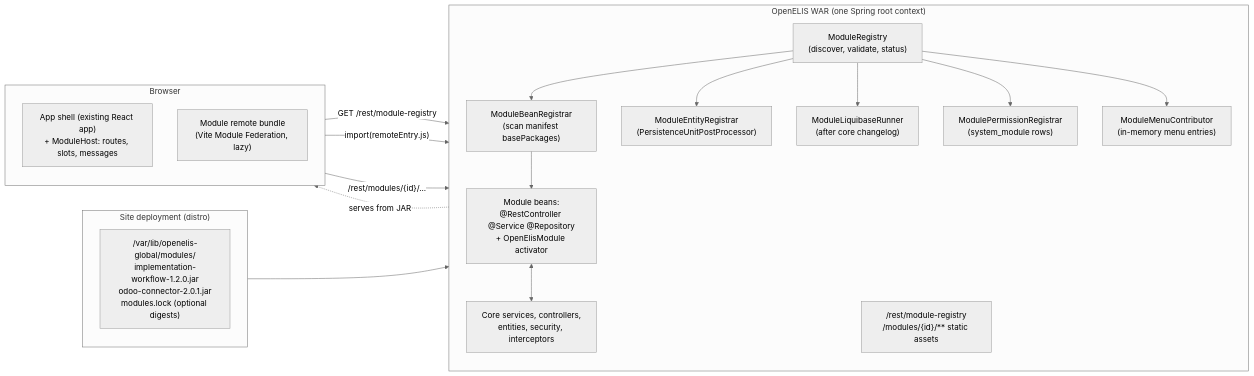
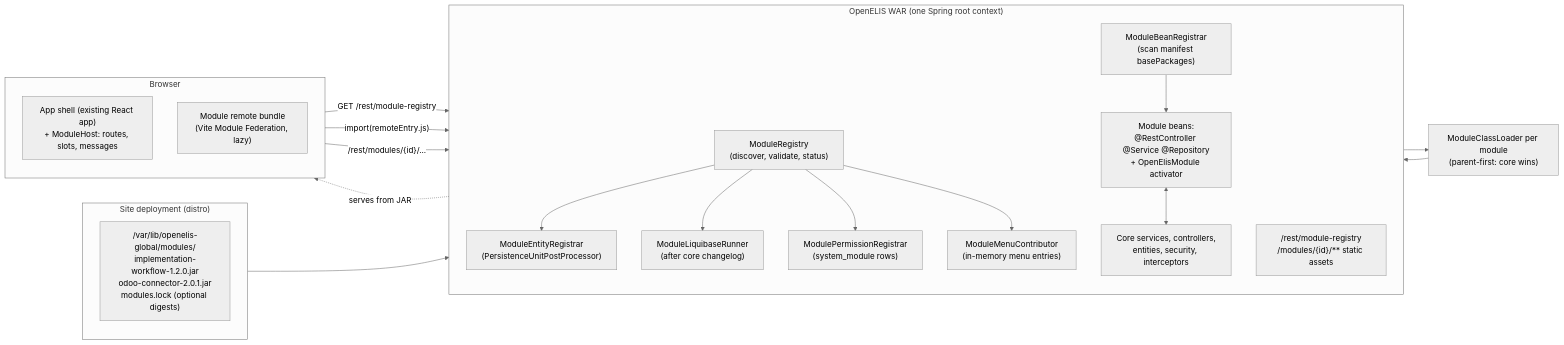
The first of 8 diagrams in specs/plans/module-system-architecture.md (Agaba-derrick/OpenELIS-Global-2), drawn with Mermaid (neutral theme) before and after one commit. The commit also changed other lines of this file, not shown here.

First line of the commit message:
docs(architecture): per-module class loaders, bundled frontend, minimum OpenELIS version (OGC-1577) (#4867)

````diff
--- a/specs/plans/module-system-architecture.md
+++ b/specs/plans/module-system-architecture.md
@@ -232,35 +232,35 @@
 ```mermaid
 flowchart LR
   subgraph Site["Site deployment (distro)"]
     direction TB
     Vol["/var/lib/openelis-global/modules/<br/>implementation-workflow-1.2.0.jar<br/>odoo-connector-2.0.1.jar<br/>modules.lock (optional digests)"]
   end
   subgraph Webapp["OpenELIS WAR (one Spring root context)"]
     direction TB
     Reg["ModuleRegistry<br/>(discover, validate, status)"]
     Scan["ModuleBeanRegistrar<br/>(scan manifest basePackages)"]
     Ent["ModuleEntityRegistrar<br/>(PersistenceUnitPostProcessor)"]
     Mig["ModuleLiquibaseRunner<br/>(after core changelog)"]
     Perm["ModulePermissionRegistrar<br/>(system_module rows)"]
     Menu["ModuleMenuContributor<br/>(in-memory menu entries)"]
     API["/rest/module-registry<br/>/modules/{id}/** static assets"]
     Core["Core services, controllers,<br/>entities, security, interceptors"]
     ModBeans["Module beans:<br/>@RestController @Service @Repository<br/>+ OpenElisModule activator"]
   end
   subgraph Browser["Browser"]
     direction TB
     Shell["App shell (existing React app)<br/>+ ModuleHost: routes, slots, messages"]
     Remote["Module remote bundle<br/>(Vite Module Federation, lazy)"]
   end
   Vol --> Reg
-  Reg --> Scan --> ModBeans
+  Reg --> CL["ModuleClassLoader per module<br/>(parent-first: core wins)"] --> Scan --> ModBeans
   Reg --> Ent
   Reg --> Mig
   Reg --> Perm
   Reg --> Menu
   ModBeans <--> Core
   Shell -- "GET /rest/module-registry" --> API
   Shell -- "import(remoteEntry.js)" --> API
   API -. serves from JAR .-> Remote
   Remote -- "/rest/modules/{id}/..." --> ModBeans
 ```
````
